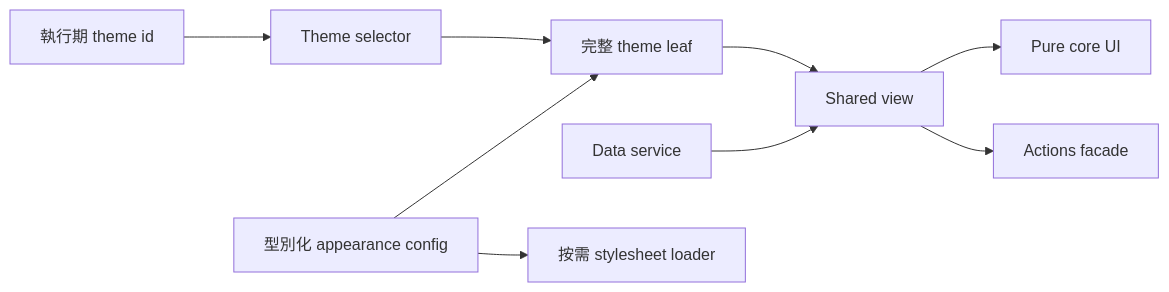
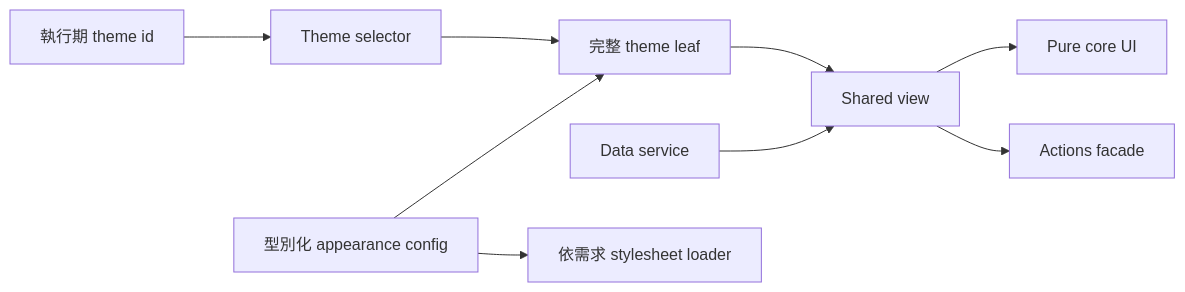
The diagram in docs/README.zh-TW.md (stephen-taipei/frontend-engineering-case-studies), drawn with Mermaid before and after one commit. The commit also changed other lines of this file and 3 other files, not shown here.

````diff
--- a/docs/README.zh-TW.md
+++ b/docs/README.zh-TW.md
@@ -39,11 +39,11 @@
 ```mermaid
 flowchart LR
   Runtime["執行期 theme id"] --> Selector["Theme selector"]
   Selector --> Leaf["完整 theme leaf"]
   Config["型別化 appearance config"] --> Leaf
   Leaf --> View["Shared view"]
   View --> Core["Pure core UI"]
   Data["Data service"] --> View
   View --> Facade["Actions facade"]
-  Config --> Loader["按需 stylesheet loader"]
+  Config --> Loader["依需求 stylesheet loader"]
 ```
````
